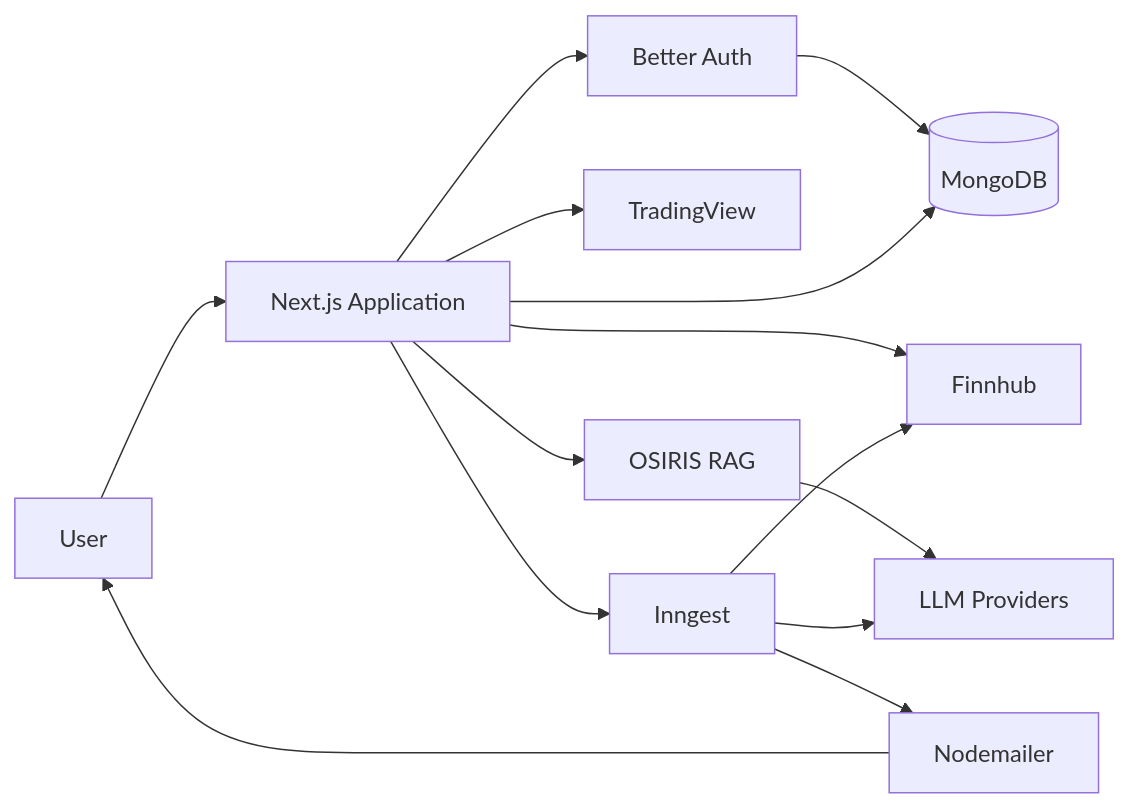
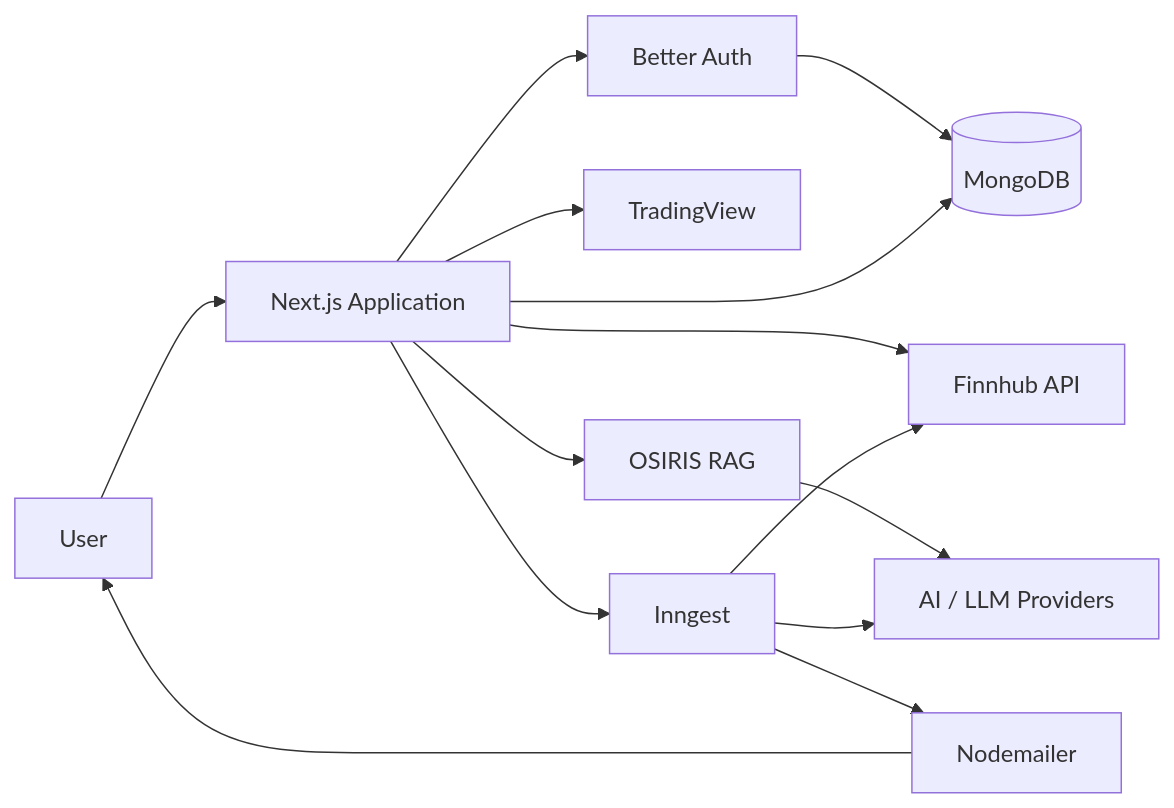
The diagram in README.md (biirrf/FinSight), drawn with Mermaid before and after one commit. The commit also changed other lines of this file, not shown here.

````diff
--- a/README.md
+++ b/README.md
@@ -23,21 +62,21 @@
 ```mermaid
 flowchart LR
-    U[User] --> N[Next.js Application]
+    User["User"] --> App["Next.js Application"]
 
-    N --> A[Better Auth]
-    A --> M[(MongoDB)]
+    App --> Auth["Better Auth"]
+    Auth --> DB[("MongoDB")]
 
-    N --> TV[TradingView]
-    N --> F[Finnhub]
+    App --> TradingView["TradingView"]
+    App --> Finnhub["Finnhub API"]
 
-    N --> O[OSIRIS RAG]
-    O --> AI[LLM Providers]
+    App --> OSIRIS["OSIRIS RAG"]
+    OSIRIS --> LLM["AI / LLM Providers"]
 
-    N --> I[Inngest]
-    I --> F
-    I --> AI
-    I --> E[Nodemailer]
+    App --> Inngest["Inngest"]
+    Inngest --> Finnhub
+    Inngest --> LLM
+    Inngest --> Email["Nodemailer"]
 
-    E --> U
-    N --> M
+    Email --> User
+    App --> DB
 ```
````
